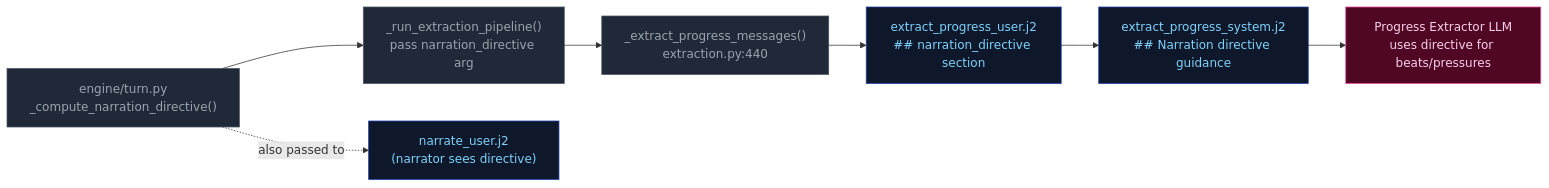
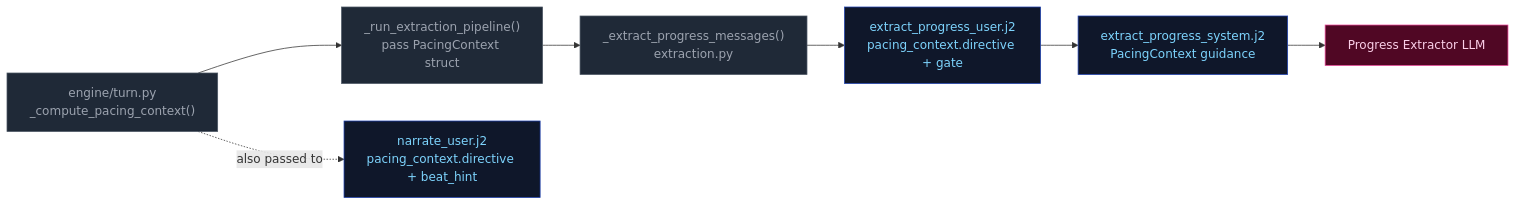
One commit to pww217/fablethread changed the eighth of 17 diagrams in docs/ARCHITECTURE.md. Above: the diagram before and after it, drawn with Mermaid. The commit also changed other lines of this file and 13 other files, not shown here.

Commit message:
chore: update prompts (progress system, narrate), eval rubrics/scenarios, plan docs; bump uv.lock

````diff
--- a/docs/ARCHITECTURE.md
+++ b/docs/ARCHITECTURE.md
@@ -403,17 +369,17 @@
 ```mermaid
 flowchart LR
     classDef pyNode fill:#1f2937,color:#9ca3af,stroke:#4b5563
     classDef prompt fill:#0f172a,color:#7dd3fc,stroke:#1e40af
     classDef extractor fill:#500724,color:#fbcfe8,stroke:#ec4899
 
-    TURN["engine/turn.py<br>_compute_narration_directive()"]:::pyNode
-    PIPELINE["_run_extraction_pipeline()<br>pass narration_directive arg"]:::pyNode
-    EXTRACT_FN["_extract_progress_messages()<br>extraction.py:440"]:::pyNode
-    USER_TMPL["extract_progress_user.j2<br>## narration_directive section"]:::prompt
-    SYS_TMPL["extract_progress_system.j2<br>## Narration directive guidance"]:::prompt
-    EXTRACTOR["Progress Extractor LLM<br>uses directive for beats/pressures"]:::extractor
+    TURN["engine/turn.py<br>_compute_pacing_context()"]:::pyNode
+    PIPELINE["_run_extraction_pipeline()<br>pass PacingContext struct"]:::pyNode
+    EXTRACT_FN["_extract_progress_messages()<br>extraction.py"]:::pyNode
+    USER_TMPL["extract_progress_user.j2<br>pacing_context.directive + gate"]:::prompt
+    SYS_TMPL["extract_progress_system.j2<br>PacingContext guidance"]:::prompt
+    NARRATE_TMPL["narrate_user.j2<br>pacing_context.directive + beat_hint"]:::prompt
 
     TURN --> PIPELINE --> EXTRACT_FN --> USER_TMPL
-    TURN -. "also passed to" .-> NARRATE_TMPL["narrate_user.j2<br>(narrator sees directive)"]:::prompt
-    USER_TMPL --> SYS_TMPL --> EXTRACTOR
+    USER_TMPL --> SYS_TMPL --> EXTRACTOR["Progress Extractor LLM"]:::extractor
+    TURN -. "also passed to" .-> NARRATE_TMPL
 ```
````
